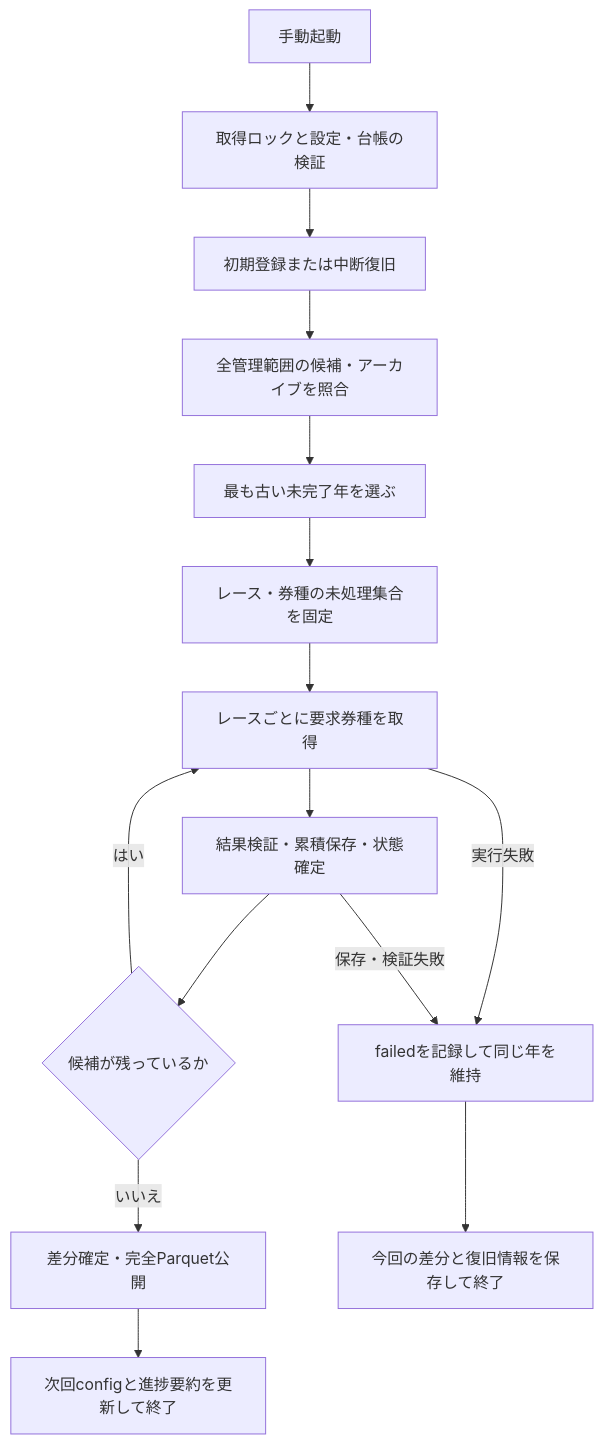
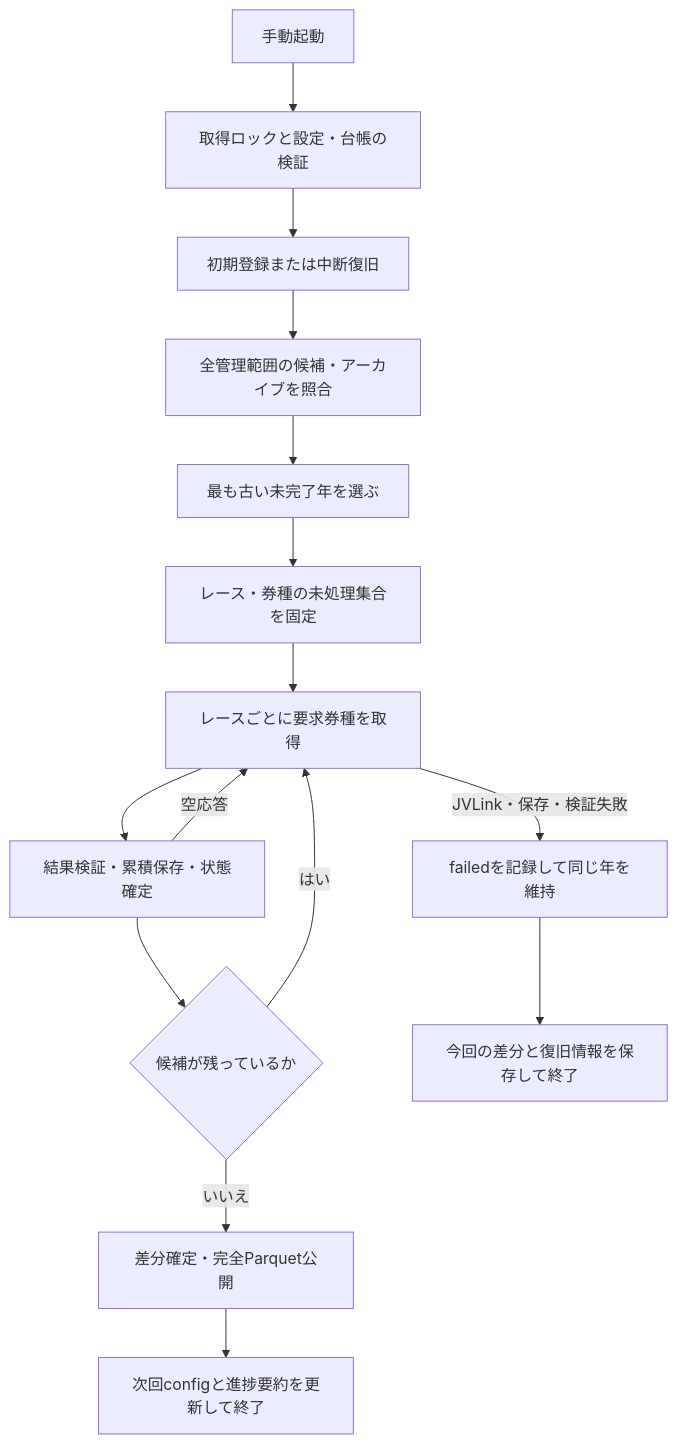
One commit to Tom0llow/keiba-ai changed the diagram in docs/jra-van-acquisition-design.md. Above: the diagram before and after it, drawn with Mermaid. The commit also changed other lines of this file and 13 other files, not shown here.

````diff
--- a/docs/jra-van-acquisition-design.md
+++ b/docs/jra-van-acquisition-design.md
@@ -194,17 +201,17 @@
 ```mermaid
 flowchart TD
     A[手動起動] --> B[取得ロックと設定・台帳の検証]
     B --> C[初期登録または中断復旧]
     C --> R[全管理範囲の候補・アーカイブを照合]
     R --> D[最も古い未完了年を選ぶ]
     D --> E[レース・券種の未処理集合を固定]
     E --> F[レースごとに要求券種を取得]
     F --> G[結果検証・累積保存・状態確定]
     G --> H{候補が残っているか}
     H -->|はい| F
     H -->|いいえ| I[差分確定・完全Parquet公開]
     I --> J[次回configと進捗要約を更新して終了]
-    F -->|実行失敗| K[failedを記録して同じ年を維持]
-    G -->|保存・検証失敗| K
+    G -->|空応答| F
+    F -->|JVLink・保存・検証失敗| K[failedを記録して同じ年を維持]
     K --> L[今回の差分と復旧情報を保存して終了]
 ```
````
